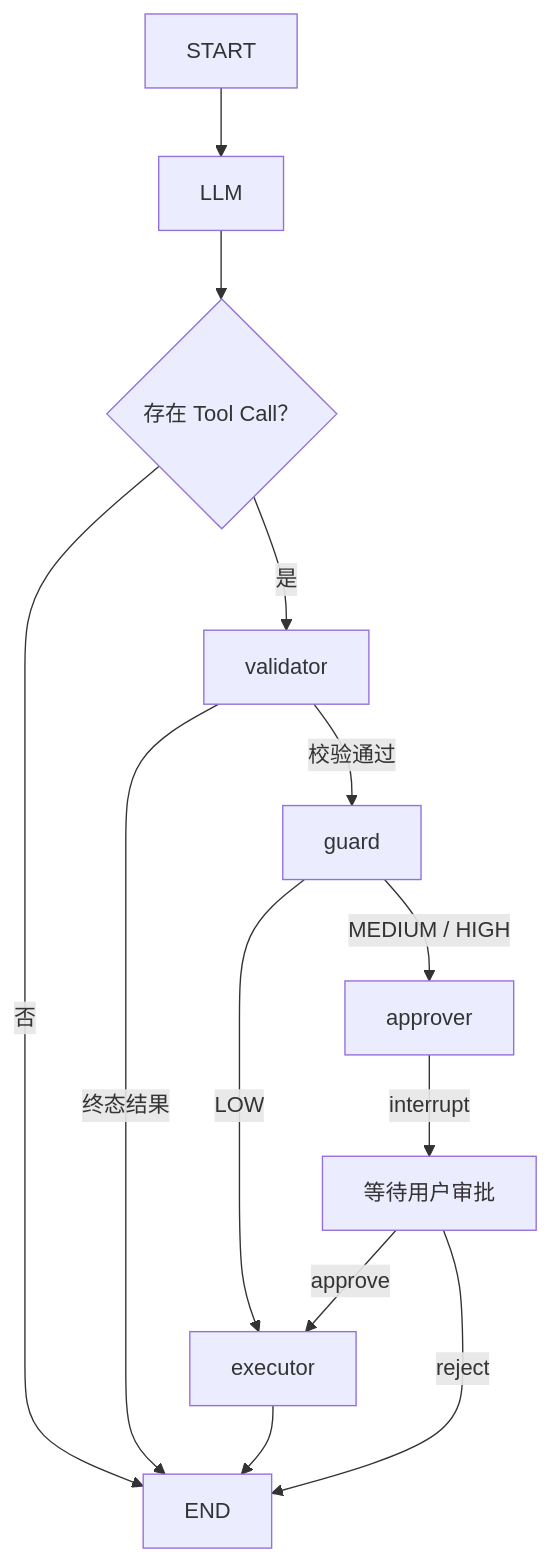
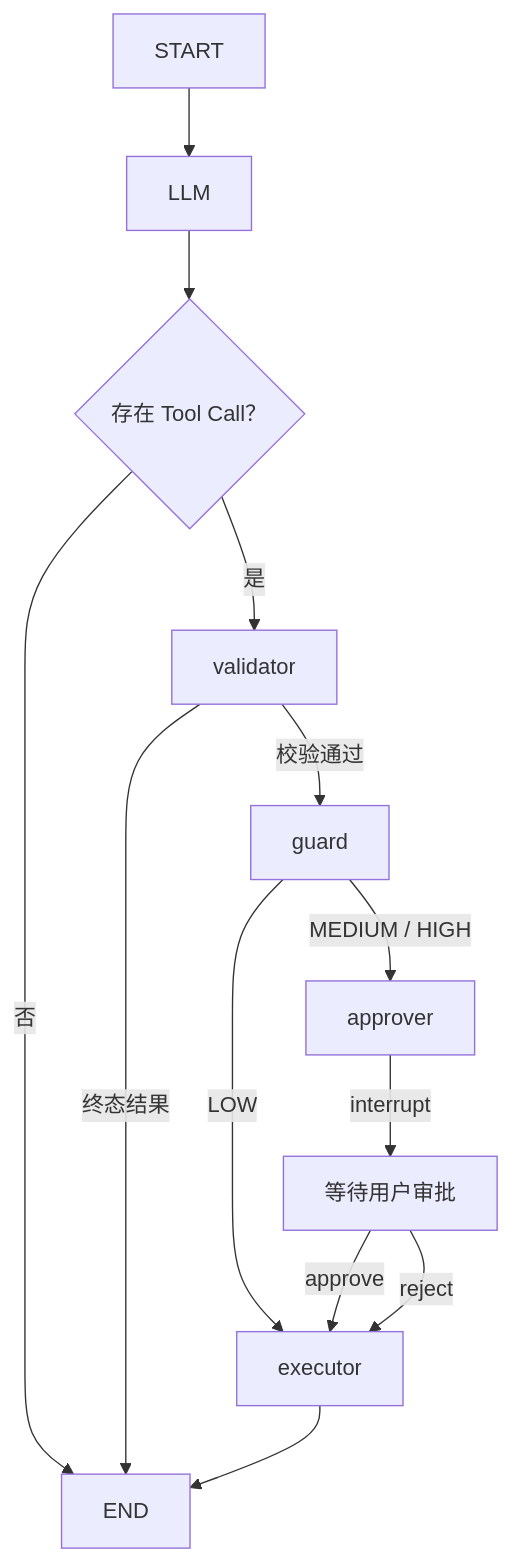
Before and after one commit to Strel1tz1a02/ResumeAgent: the diagram in docs/superpowers/specs/2026-08-01-experience-adapter-design.zh-CN.md, drawn with Mermaid. The commit also changed other lines of this file and 28 other files, not shown here.

````diff
--- a/docs/superpowers/specs/2026-08-01-experience-adapter-design.zh-CN.md
+++ b/docs/superpowers/specs/2026-08-01-experience-adapter-design.zh-CN.md
@@ -436,15 +437,15 @@
 ```mermaid
 flowchart TD
     A["START"] --> B["LLM"]
     B --> C{"存在 Tool Call？"}
     C -->|"否"| Z["END"]
     C -->|"是"| D["validator"]
     D -->|"终态结果"| Z
     D -->|"校验通过"| E["guard"]
     E -->|"LOW"| H["executor"]
     E -->|"MEDIUM / HIGH"| F["approver"]
     F -->|"interrupt"| G["等待用户审批"]
     G -->|"approve"| H
-    G -->|"reject"| Z
+    G -->|"reject"| H
     H --> Z
 ```
````
